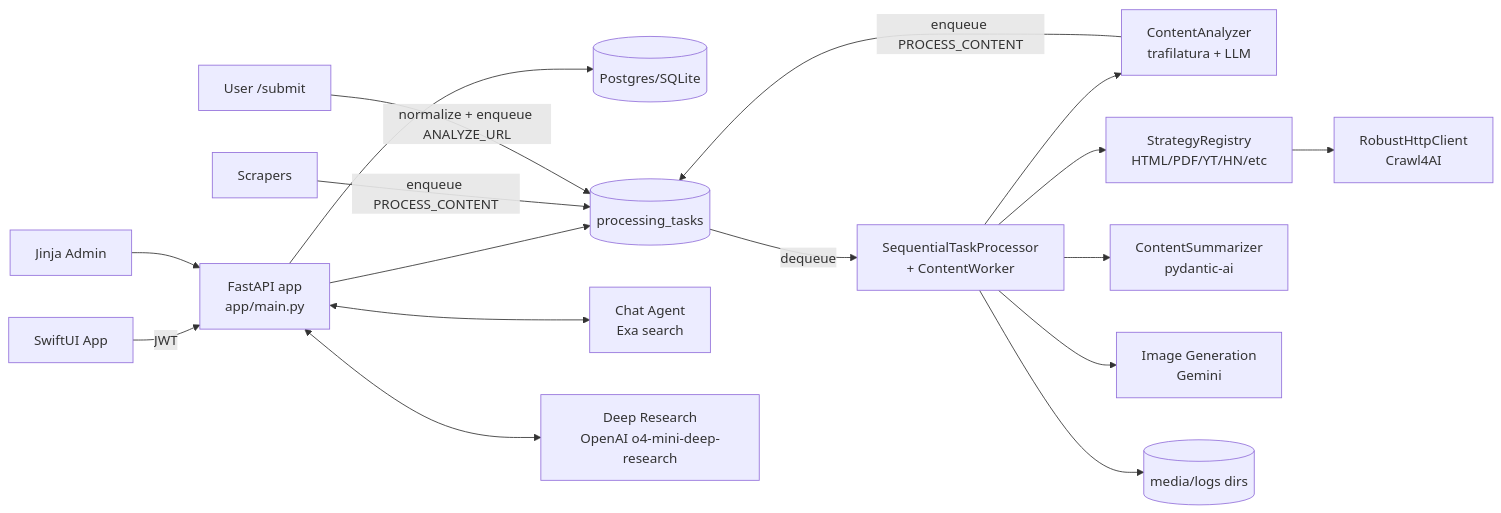
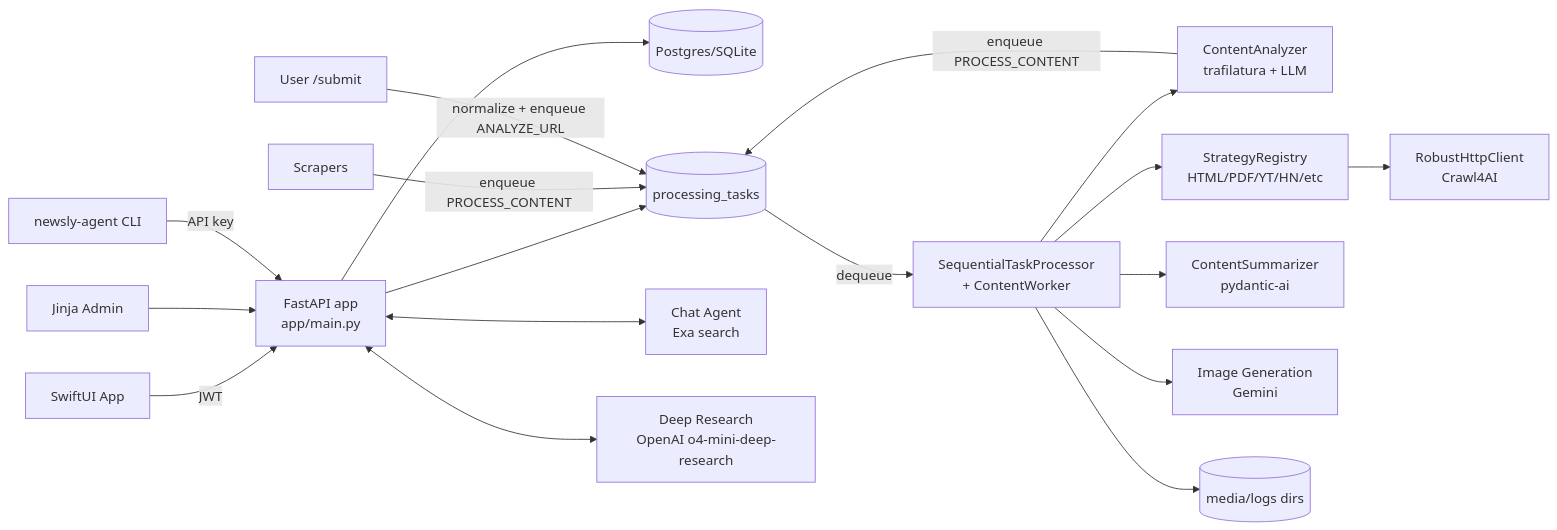
One commit to willemave/newsbuddy changed the diagram in docs/architecture.md. Above: the diagram before and after it, drawn with Mermaid. The commit also changed other lines of this file and 51 other files, not shown here.

Commit message:
backend: add agent api, api-key auth, and remote cli

````diff
--- a/docs/architecture.md
+++ b/docs/architecture.md
@@ -25,19 +26,20 @@
 ```mermaid
 flowchart LR
   iOS[SwiftUI App] -->|JWT| API[FastAPI app\napp/main.py]
   Admin[Jinja Admin] --> API
+  CLI[newsly-agent CLI] -->|API key| API
   API --> DB[(Postgres/SQLite)]
   API --> Queue[(processing_tasks)]
   Scrapers -->|enqueue PROCESS_CONTENT| Queue
   UserSubmit[User /submit] -->|normalize + enqueue ANALYZE_URL| Queue
   Queue -->|dequeue| Worker[SequentialTaskProcessor\n+ ContentWorker]
   Worker --> Analyzer[ContentAnalyzer\ntrafilatura + LLM]
   Analyzer -->|enqueue PROCESS_CONTENT| Queue
   Worker --> Strategies[StrategyRegistry\nHTML/PDF/YT/HN/etc]
   Strategies --> HTTP[RobustHttpClient\nCrawl4AI]
   Worker --> LLM[ContentSummarizer\npydantic-ai]
   Worker --> ImageGen[Image Generation\nGemini]
   Worker --> Media[(media/logs dirs)]
   API <--> Chat[Chat Agent\nExa search]
   API <--> DeepResearch[Deep Research\nOpenAI o4-mini-deep-research]
 ```
````
